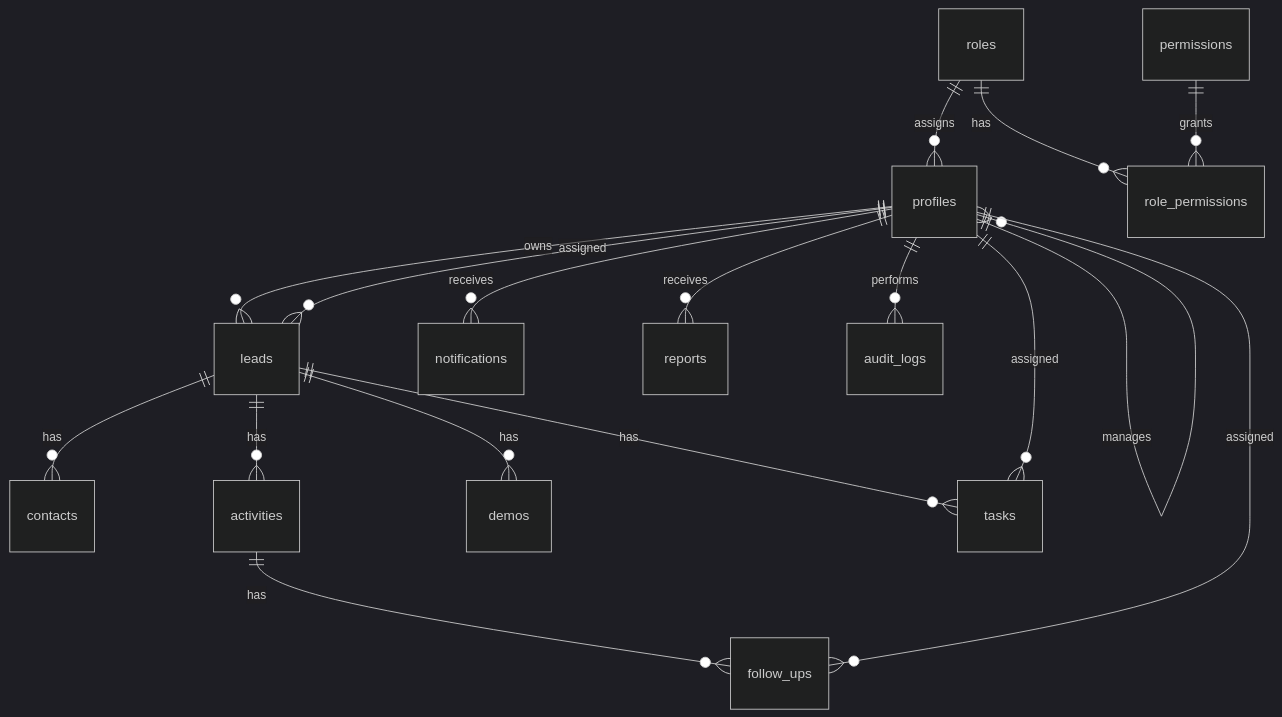
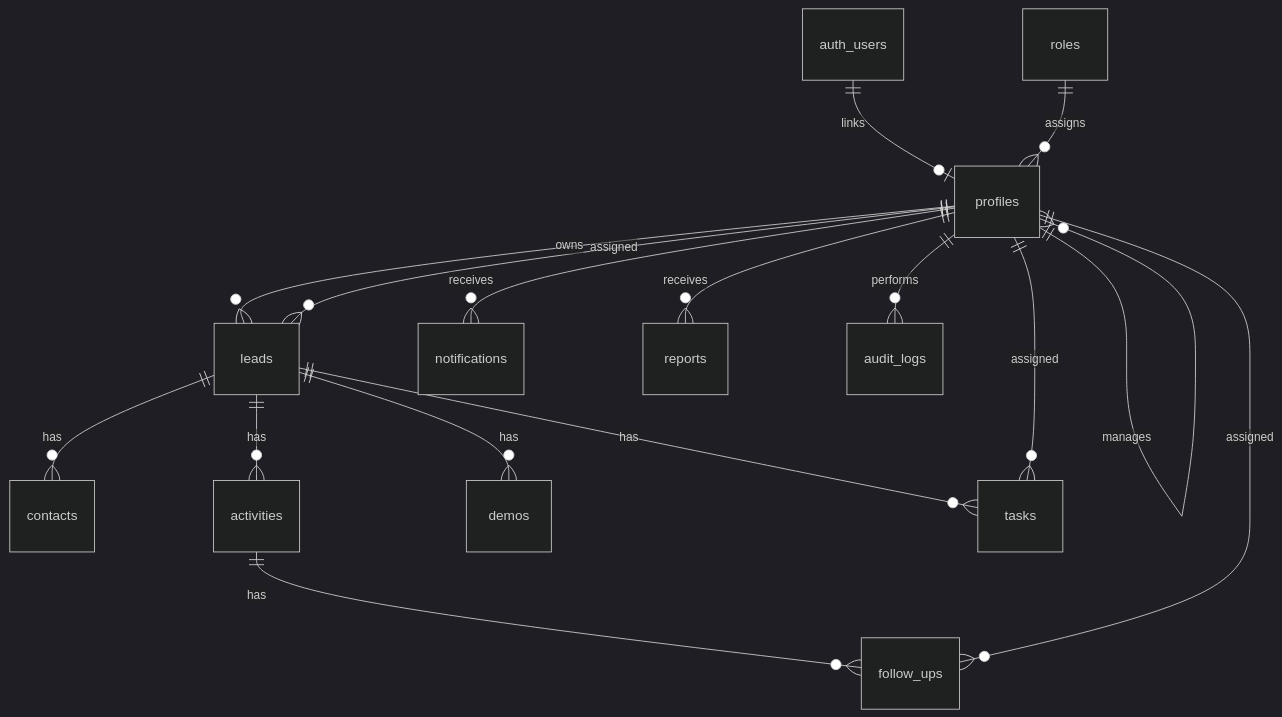
One commit to talentproofin/tpcrm changed the diagram in docs/persistence/persistence-design.md. Above: the diagram before and after it, drawn with Mermaid (dark theme). The commit also changed other lines of this file and 149 other files, not shown here.

````diff
--- a/docs/persistence/persistence-design.md
+++ b/docs/persistence/persistence-design.md
@@ -708,19 +749,18 @@
 ```mermaid
 erDiagram
+    auth_users ||--o| profiles : links
     roles ||--o{ profiles : assigns
-    roles ||--o{ role_permissions : has
-    permissions ||--o{ role_permissions : grants
     profiles ||--o{ profiles : manages
     profiles ||--o{ leads : owns
     profiles ||--o{ leads : assigned
     leads ||--o{ contacts : has
     leads ||--o{ activities : has
     leads ||--o{ demos : has
     leads ||--o{ tasks : has
     activities ||--o{ follow_ups : has
     profiles ||--o{ follow_ups : assigned
     profiles ||--o{ tasks : assigned
     profiles ||--o{ notifications : receives
     profiles ||--o{ reports : receives
     profiles ||--o{ audit_logs : performs
 ```
````
